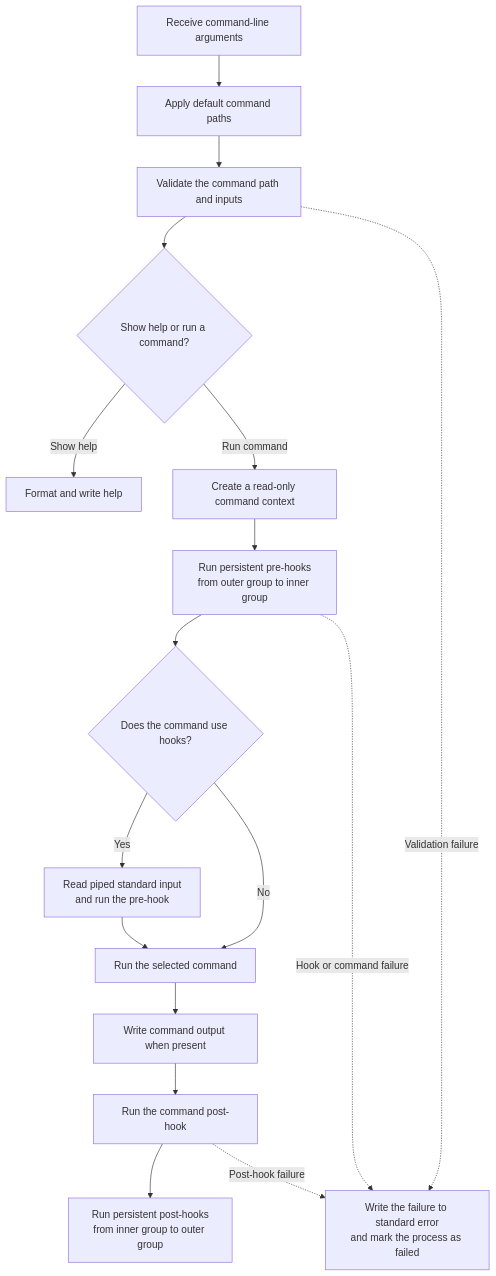
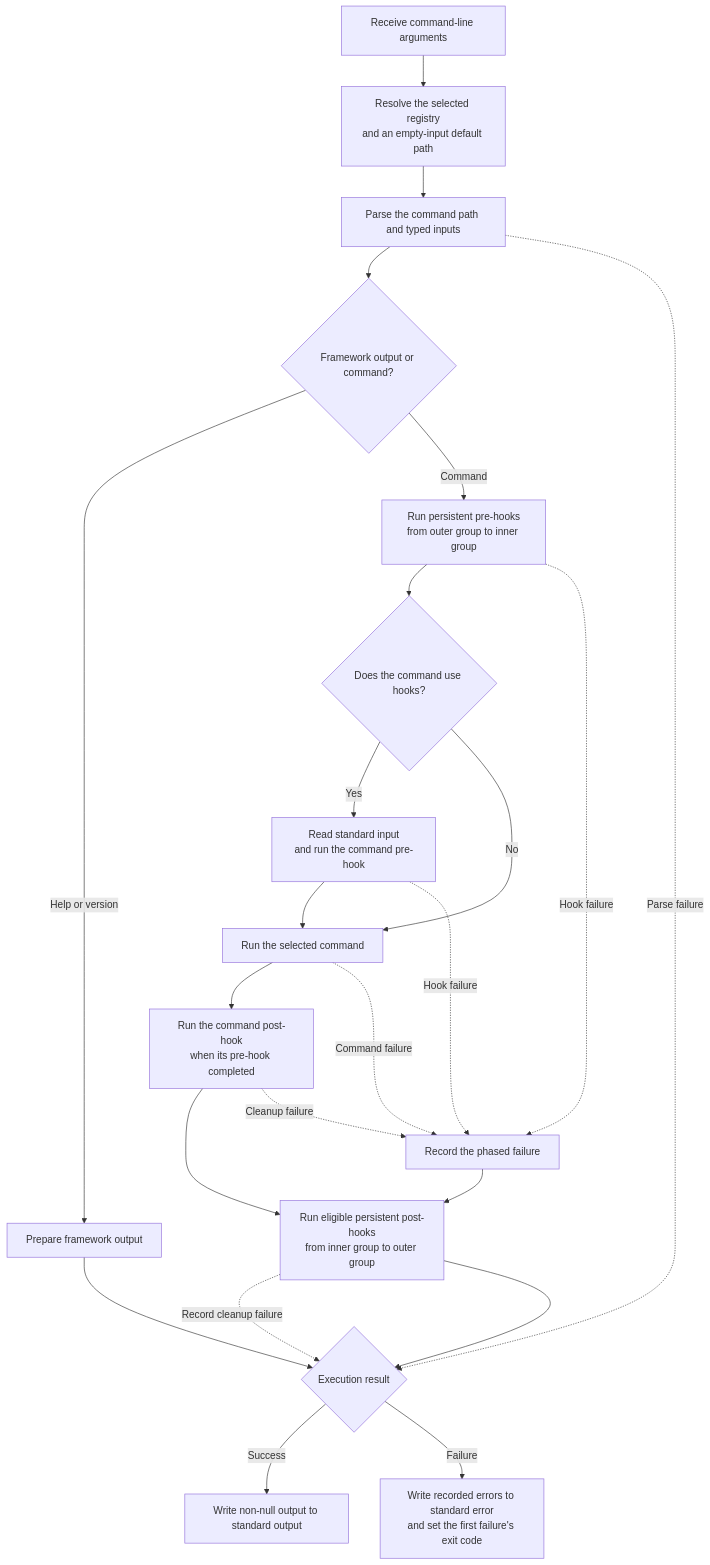
Before and after one commit to louiss0/mamba: the first of 2 diagrams in docs/src/content/docs/reference/executor.md, drawn with Mermaid. The commit also changed other lines of this file and 15 other files, not shown here.

Commit message:
docs(mamba): refresh Dart 3.13 guides and diagrams

````diff
--- a/docs/src/content/docs/reference/executor.md
+++ b/docs/src/content/docs/reference/executor.md
@@ -29,21 +36,28 @@
 ```mermaid
 flowchart TD
-    A["Receive command-line arguments"] --> B["Apply default command paths"]
-    B --> C["Validate the command path and inputs"]
-    C --> D{"Show help or run a command?"}
+    A["Receive command-line arguments"] --> B["Resolve the selected registry<br/>and an empty-input default path"]
+    B --> C["Parse the command path and typed inputs"]
+    C --> D{"Framework output or command?"}
 
-    D -->|Show help| E["Format and write help"]
-    D -->|Run command| F["Create a read-only command context"]
-    F --> G["Run persistent pre-hooks<br/>from outer group to inner group"]
-    G --> H{"Does the command use hooks?"}
-    H -->|Yes| I["Read piped standard input<br/>and run the pre-hook"]
-    H -->|No| J["Run the selected command"]
-    I --> J
-    J --> K["Write command output when present"]
-    K --> L["Run the command post-hook"]
-    L --> M["Run persistent post-hooks<br/>from inner group to outer group"]
+    D -->|Help or version| E["Prepare framework output"]
+    D -->|Command| F["Run persistent pre-hooks<br/>from outer group to inner group"]
+    F --> G{"Does the command use hooks?"}
+    G -->|Yes| H["Read standard input<br/>and run the command pre-hook"]
+    G -->|No| I["Run the selected command"]
+    H --> I
+    I --> J["Run the command post-hook<br/>when its pre-hook completed"]
+    J --> K["Run eligible persistent post-hooks<br/>from inner group to outer group"]
 
-    C -. "Validation failure" .-> N["Write the failure to standard error<br/>and mark the process as failed"]
-    G -. "Hook or command failure" .-> N
-    L -. "Post-hook failure" .-> N
+    C -. "Parse failure" .-> M
+    F -. "Hook failure" .-> L["Record the phased failure"]
+    H -. "Hook failure" .-> L
+    I -. "Command failure" .-> L
+    J -. "Cleanup failure" .-> L
+    L --> K
+    K -. "Record cleanup failure" .-> M
+
+    E --> M{"Execution result"}
+    K --> M
+    M -->|Success| N["Write non-null output to standard output"]
+    M -->|Failure| O["Write recorded errors to standard error<br/>and set the first failure's exit code"]
 ```
````
